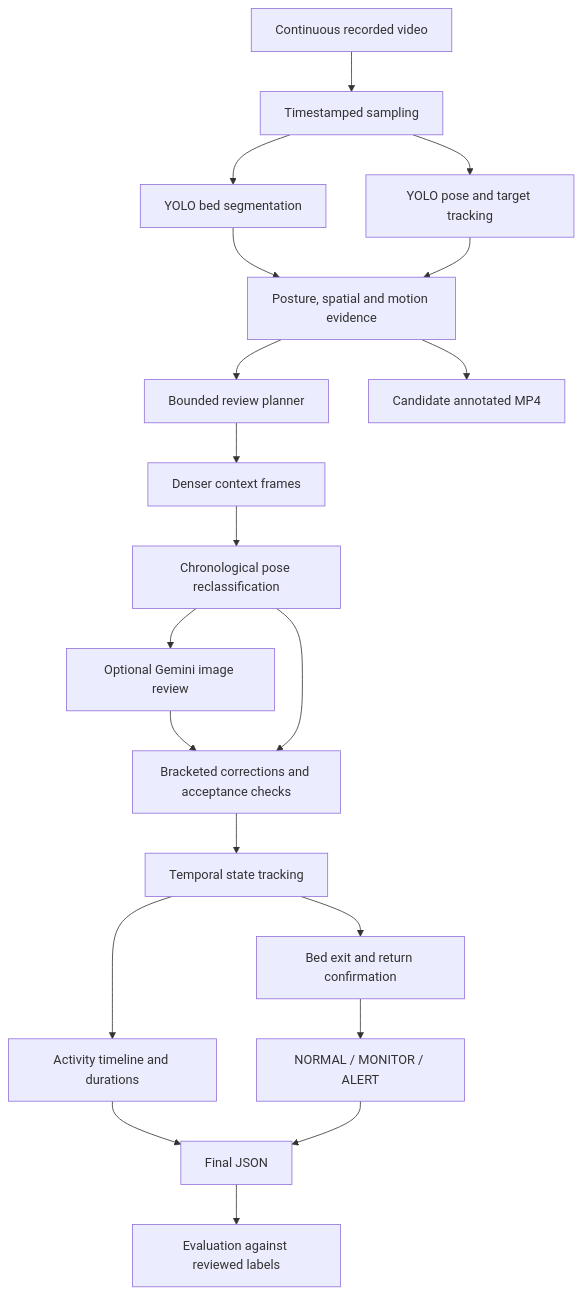
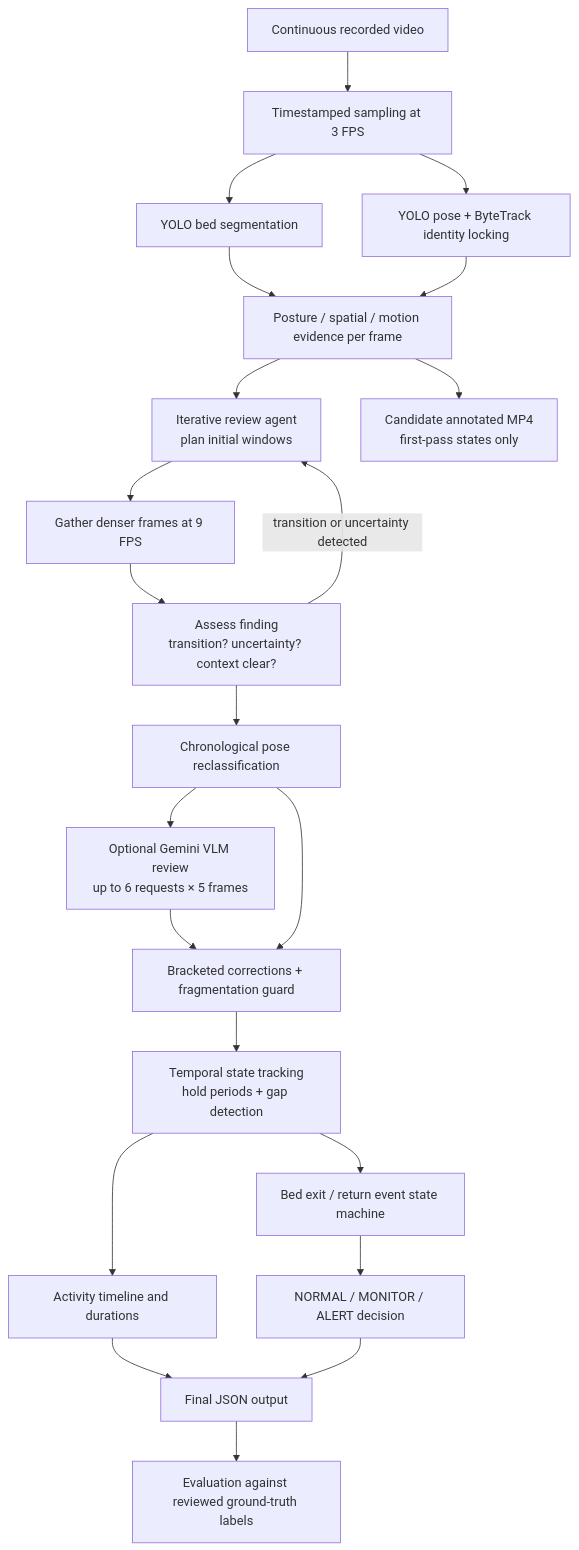
The diagram in deliverables/ARCHITECTURE.md (Ramosh99/Elderly-Supporter-newnop), drawn with Mermaid before and after one commit. The commit also changed other lines of this file and 5 other files, not shown here.

````diff
--- a/deliverables/ARCHITECTURE.md
+++ b/deliverables/ARCHITECTURE.md
@@ -3,22 +3,24 @@
 ```mermaid
 flowchart TD
-    A[Continuous recorded video] --> B[Timestamped sampling]
+    A[Continuous recorded video] --> B[Timestamped sampling at 3 FPS]
     B --> C[YOLO bed segmentation]
-    B --> D[YOLO pose and target tracking]
-    C --> E[Posture, spatial and motion evidence]
+    B --> D[YOLO pose + ByteTrack identity locking]
+    C --> E[Posture / spatial / motion evidence per frame]
     D --> E
-    E --> F[Bounded review planner]
-    F --> G[Denser context frames]
-    G --> H[Chronological pose reclassification]
-    H --> I[Optional Gemini image review]
-    I --> J[Bracketed corrections and acceptance checks]
-    H --> J
-    J --> K[Temporal state tracking]
-    K --> L[Bed exit and return confirmation]
-    K --> M[Activity timeline and durations]
-    L --> N[NORMAL / MONITOR / ALERT]
-    M --> O[Final JSON]
-    N --> O
-    E --> P[Candidate annotated MP4]
-    O --> Q[Evaluation against reviewed labels]
+    E --> F[Iterative review agent\nplan initial windows]
+    F --> G[Gather denser frames at 9 FPS]
+    G --> H[Assess finding\ntransition? uncertainty? context clear?]
+    H -->|transition or uncertainty detected| F
+    H --> I[Chronological pose reclassification]
+    I --> J[Optional Gemini VLM review\nup to 6 requests × 5 frames]
+    J --> K[Bracketed corrections + fragmentation guard]
+    I --> K
+    K --> L[Temporal state tracking\nhold periods + gap detection]
+    L --> M[Bed exit / return event state machine]
+    L --> N[Activity timeline and durations]
+    M --> O[NORMAL / MONITOR / ALERT decision]
+    N --> P[Final JSON output]
+    O --> P
+    E --> Q[Candidate annotated MP4\nfirst-pass states only]
+    P --> R[Evaluation against reviewed ground-truth labels]
 ```
````
